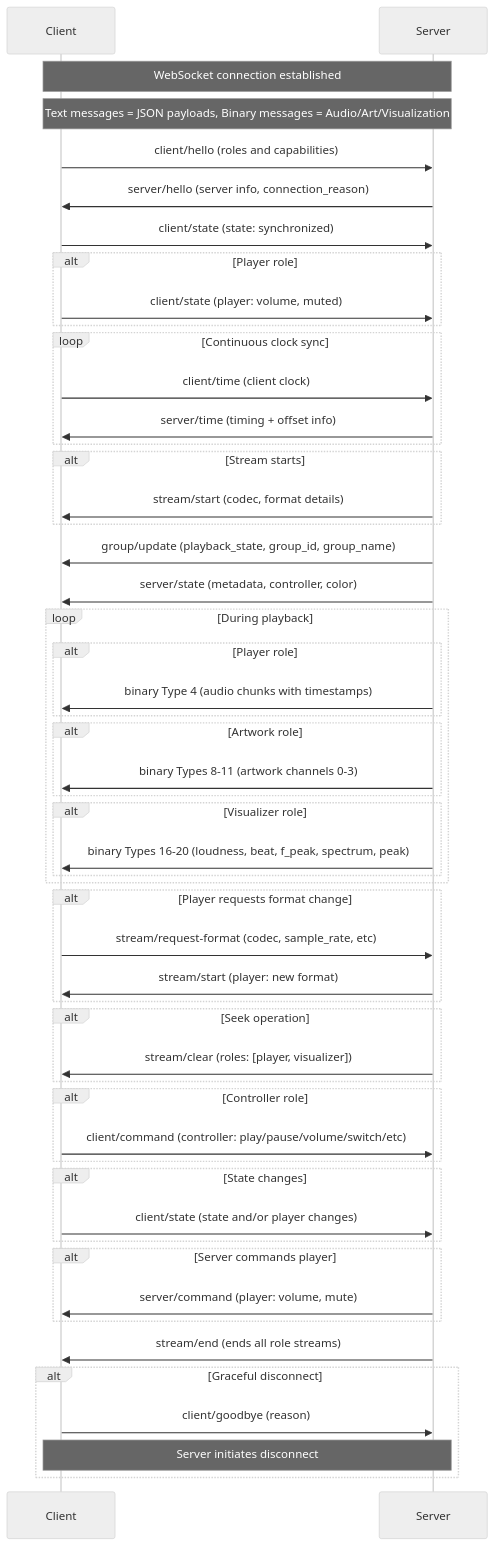
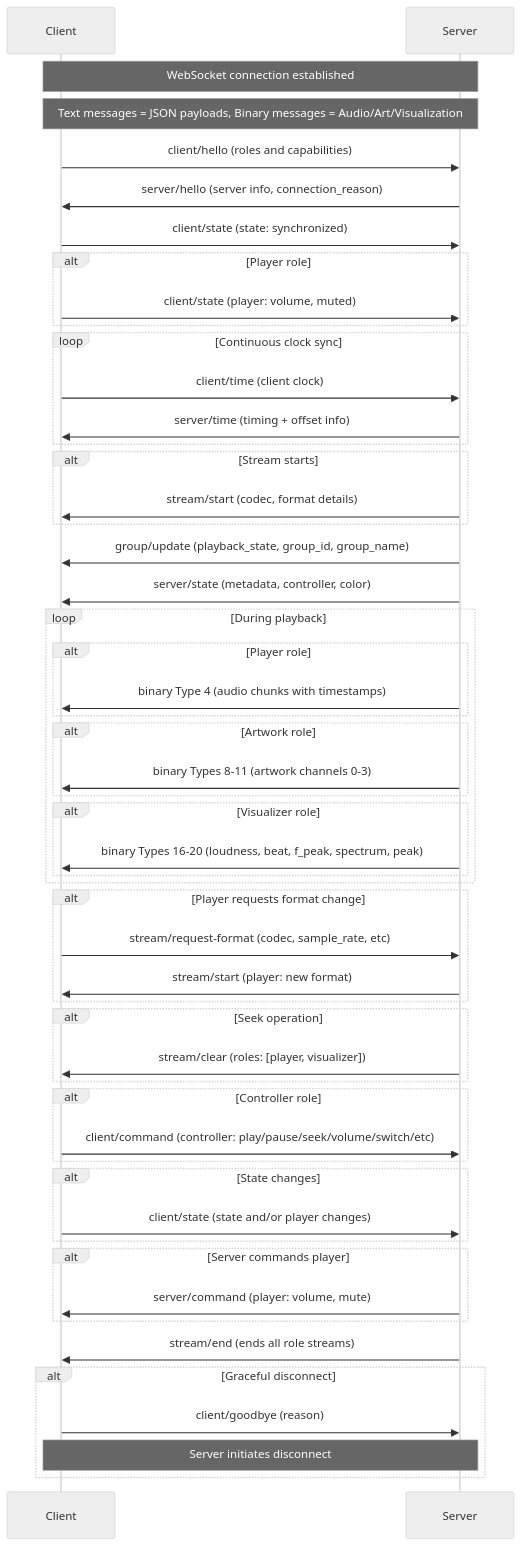
One commit to Resonate-Protocol/spec changed the diagram in README.md. Above: the diagram before and after it, drawn with Mermaid (neutral theme). The commit also changed other lines of this file, not shown here.

Commit message:
Add seek support to the controller role

````diff
--- a/README.md
+++ b/README.md
@@ -183,69 +183,69 @@
 ```mermaid
 sequenceDiagram
     participant Client
     participant Server
 
     Note over Client,Server: WebSocket connection established
 
     Note over Client,Server: Text messages = JSON payloads, Binary messages = Audio/Art/Visualization
 
     Client->>Server: client/hello (roles and capabilities)
     Server->>Client: server/hello (server info, connection_reason)
 
     Client->>Server: client/state (state: synchronized)
     alt Player role
         Client->>Server: client/state (player: volume, muted)
     end
 
     loop Continuous clock sync
         Client->>Server: client/time (client clock)
         Server->>Client: server/time (timing + offset info)
     end
 
     alt Stream starts
         Server->>Client: stream/start (codec, format details)
     end
 
     Server->>Client: group/update (playback_state, group_id, group_name)
     Server->>Client: server/state (metadata, controller, color)
 
     loop During playback
         alt Player role
             Server->>Client: binary Type 4 (audio chunks with timestamps)
         end
         alt Artwork role
             Server->>Client: binary Types 8-11 (artwork channels 0-3)
         end
         alt Visualizer role
             Server->>Client: binary Types 16-20 (loudness, beat, f_peak, spectrum, peak)
         end
     end
 
     alt Player requests format change
         Client->>Server: stream/request-format (codec, sample_rate, etc)
         Server->>Client: stream/start (player: new format)
     end
 
     alt Seek operation
         Server->>Client: stream/clear (roles: [player, visualizer])
     end
 
     alt Controller role
-        Client->>Server: client/command (controller: play/pause/volume/switch/etc)
+        Client->>Server: client/command (controller: play/pause/seek/volume/switch/etc)
     end
 
     alt State changes
         Client->>Server: client/state (state and/or player changes)
     end
 
     alt Server commands player
         Server->>Client: server/command (player: volume, mute)
     end
 
     Server->>Client: stream/end (ends all role streams)
 
     alt Graceful disconnect
         Client->>Server: client/goodbye (reason)
         Note over Client,Server: Server initiates disconnect
     end
 ```
````
